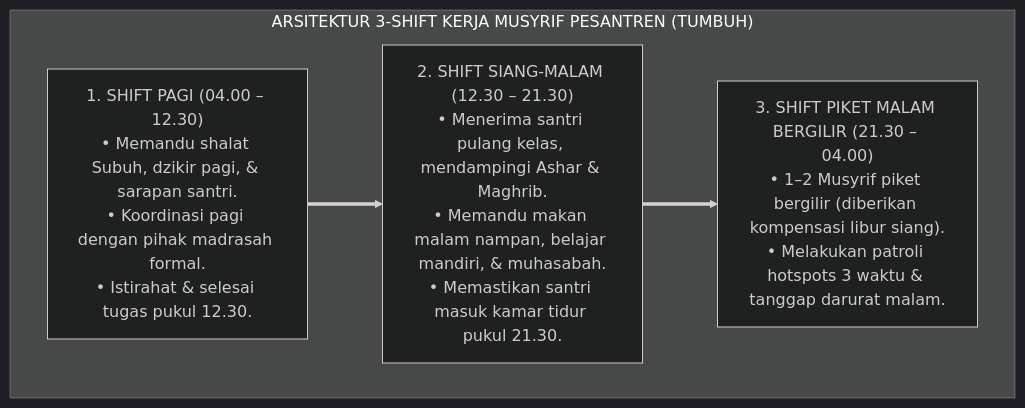
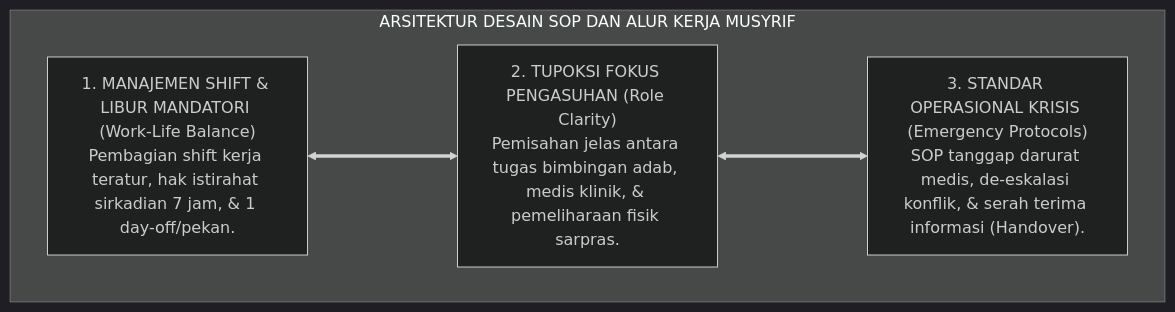
The second of 3 diagrams in 02 Principles/02 Design Principles/P2-02-03-Prinsip-Desain-SOP-dan-Alur-Kerja-Musyrif.md (wandiapriliyandi/tumbuh), drawn with Mermaid (dark theme) before and after one commit. The commit also changed other lines of this file and 7 other files, not shown here.

````diff
--- a/02 Principles/02 Design Principles/P2-02-03-Prinsip-Desain-SOP-dan-Alur-Kerja-Musyrif.md
+++ b/02 Principles/02 Design Principles/P2-02-03-Prinsip-Desain-SOP-dan-Alur-Kerja-Musyrif.md
@@ -104,12 +121,13 @@
 ```mermaid
-graph TD
-    subgraph SistemTigaShiftAsrama["ARSITEKTUR 3-SHIFT KERJA MUSYRIF PESANTREN (TUMBUH)"]
-        ShiftPagi["1. SHIFT PAGI (04.00 – 12.30)<br/>• Memandu shalat Subuh, dzikir pagi, & sarapan santri.<br/>• Koordinasi pagi dengan pihak madrasah formal.<br/>• Istirahat & selesai tugas pukul 12.30."]
+flowchart TD
+    subgraph ArsitekturSOPMusyrifTUMBUH["ARSITEKTUR DESAIN SOP DAN ALUR KERJA MUSYRIF"]
         
-        ShiftSiangMalam["2. SHIFT SIANG-MALAM (12.30 – 21.30)<br/>• Menerima santri pulang kelas, mendampingi Ashar & Maghrib.<br/>• Memandu makan malam nampan, belajar mandiri, & muhasabah.<br/>• Memastikan santri masuk kamar tidur pukul 21.30."]
+        SOP1_Sayap["1. MANAJEMEN SHIFT & LIBUR MANDATORI (Work-Life Balance)<br/>Pembagian shift kerja teratur, hak istirahat sirkadian 7 jam, & 1 day-off/pekan."]
         
-        ShiftPiketMalam["3. SHIFT PIKET MALAM BERGILIR (21.30 – 04.00)<br/>• 1–2 Musyrif piket bergilir (diberikan kompensasi libur siang).<br/>• Melakukan patroli hotspots 3 waktu & tanggap darurat malam."]
+        SOP2_Sayap["2. TUPOKSI FOKUS PENGASUHAN (Role Clarity)<br/>Pemisahan jelas antara tugas bimbingan adab, medis klinik, & pemeliharaan fisik sarpras."]
         
-        ShiftPagi ==> ShiftSiangMalam ==> ShiftPiketMalam
+        SOP3_Sayap["3. STANDAR OPERASIONAL KRISIS (Emergency Protocols)<br/>SOP tanggap darurat medis, de-eskalasi konflik, & serah terima informasi (Handover)."]
+        
+        SOP1_Sayap <===> SOP2_Sayap <===> SOP3_Sayap
     end
 ```
````
